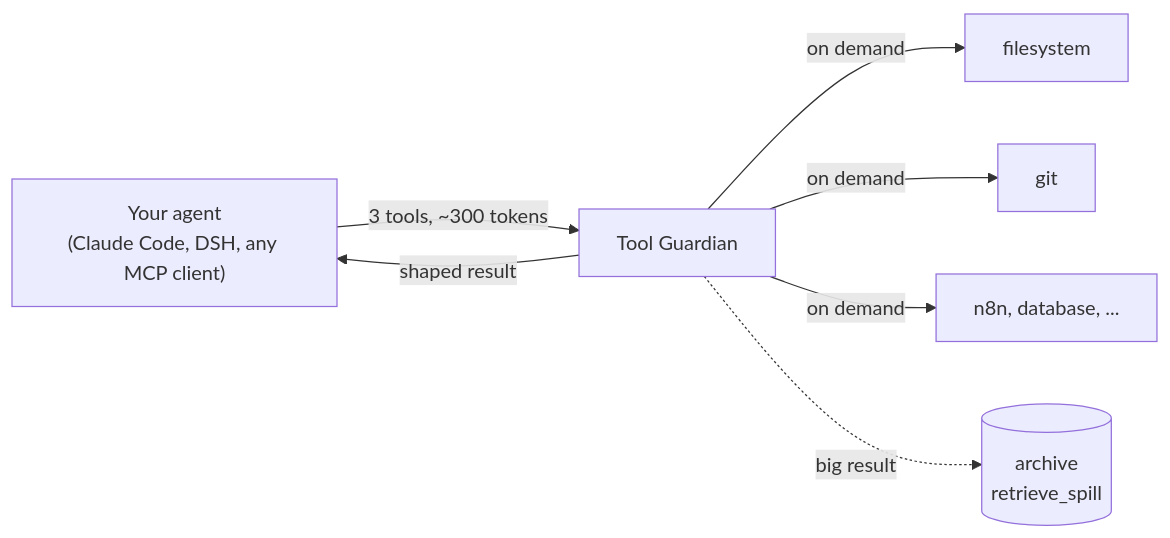
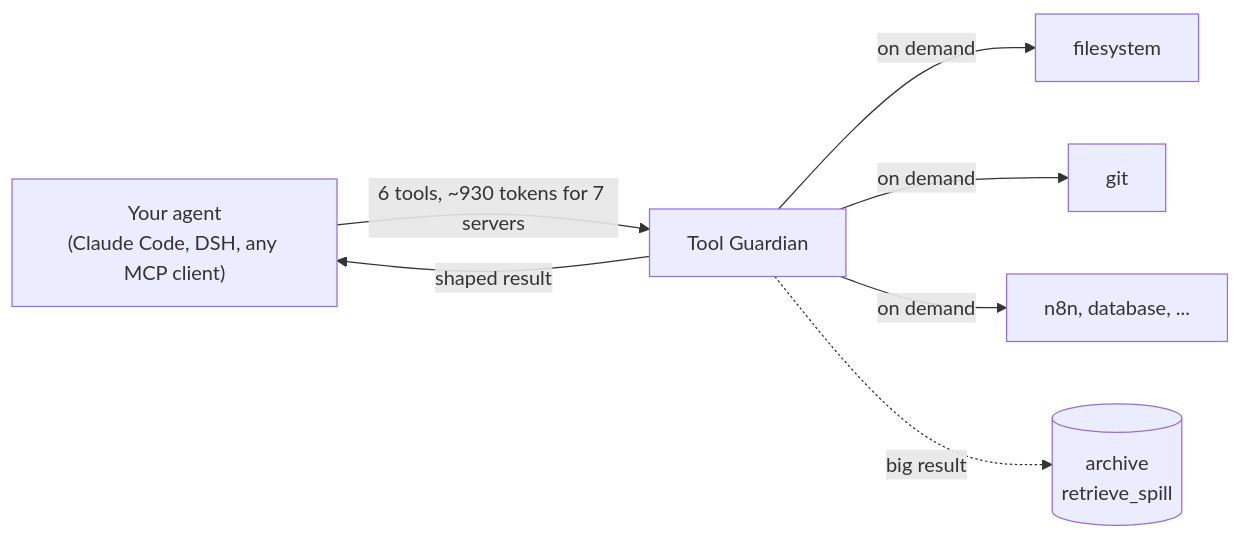
Before and after one commit to LuminariSoftwares/tool-guardian: the diagram in README.md, drawn with Mermaid. The commit also changed other lines of this file, not shown here.

First line of the commit message:
README: real router tool count, Skills section, local backends, hook matcher

````diff
--- a/README.md
+++ b/README.md
@@ -147,9 +149,9 @@
 ```mermaid
 flowchart LR
-    A["Your agent<br/>(Claude Code, DSH, any MCP client)"] -->|"3 tools, ~300 tokens"| B["Tool Guardian"]
+    A["Your agent<br/>(Claude Code, DSH, any MCP client)"] -->|"6 tools, ~930 tokens for 7 servers"| B["Tool Guardian"]
     B -->|"on demand"| C["filesystem"]
     B -->|"on demand"| D["git"]
     B -->|"on demand"| E["n8n, database, ..."]
     B -. "big result" .-> F[("archive<br/>retrieve_spill")]
     B -->|"shaped result"| A
 ```
````
